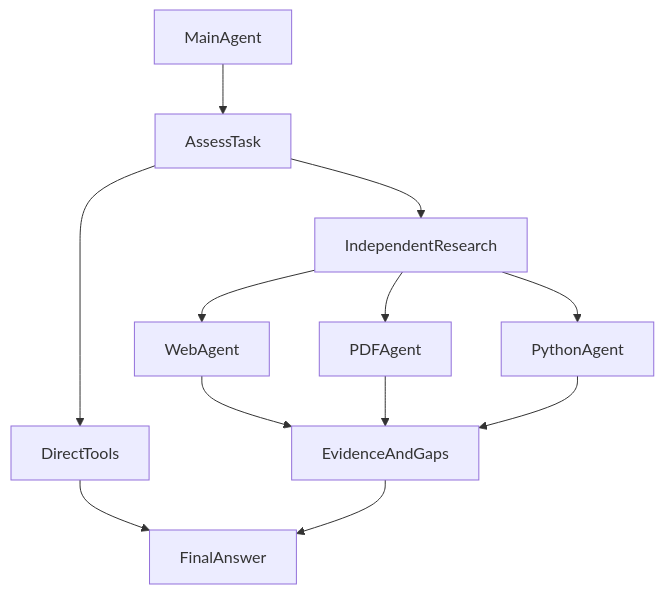
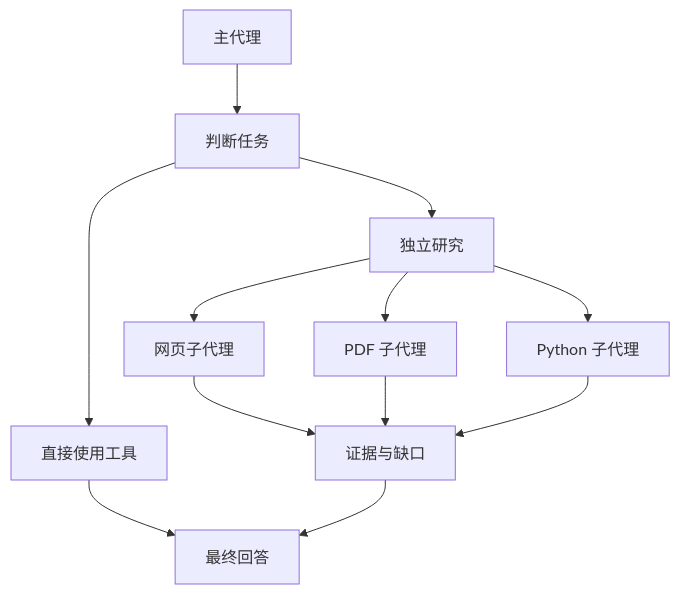
The tenth of 10 diagrams in articles/021-agent-web-research-from-search-to-deep-reading.md (hpoenixf/eff-agent-article), drawn with Mermaid before and after one commit. The commit also changed other lines of this file and 52 other files, not shown here.

Commit message:
docs: localize diagrams and clarify flagship guides

````diff
--- a/articles/021-agent-web-research-from-search-to-deep-reading.md
+++ b/articles/021-agent-web-research-from-search-to-deep-reading.md
@@ -366,14 +366,14 @@
 ```mermaid
 graph TD
-MainAgent --> AssessTask
-AssessTask --> DirectTools
-DirectTools --> FinalAnswer
-AssessTask --> IndependentResearch
-IndependentResearch --> WebAgent
-IndependentResearch --> PDFAgent
-IndependentResearch --> PythonAgent
-WebAgent --> EvidenceAndGaps
+MainAgent["主代理"] --> AssessTask["判断任务"]
+AssessTask --> DirectTools["直接使用工具"]
+DirectTools --> FinalAnswer["最终回答"]
+AssessTask --> IndependentResearch["独立研究"]
+IndependentResearch --> WebAgent["网页子代理"]
+IndependentResearch --> PDFAgent["PDF 子代理"]
+IndependentResearch --> PythonAgent["Python 子代理"]
+WebAgent --> EvidenceAndGaps["证据与缺口"]
 PDFAgent --> EvidenceAndGaps
 PythonAgent --> EvidenceAndGaps
 EvidenceAndGaps --> FinalAnswer
 ```
````
